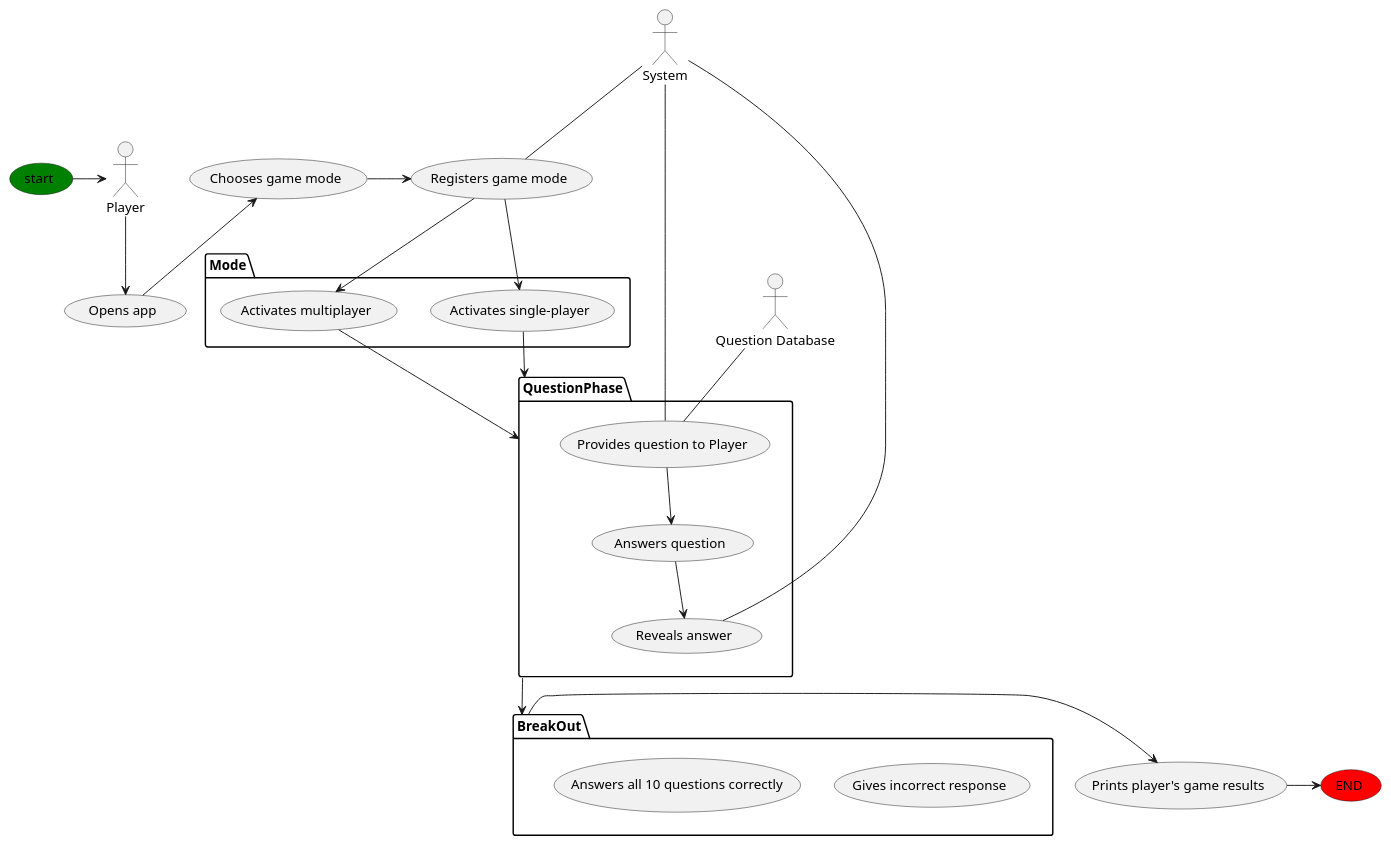
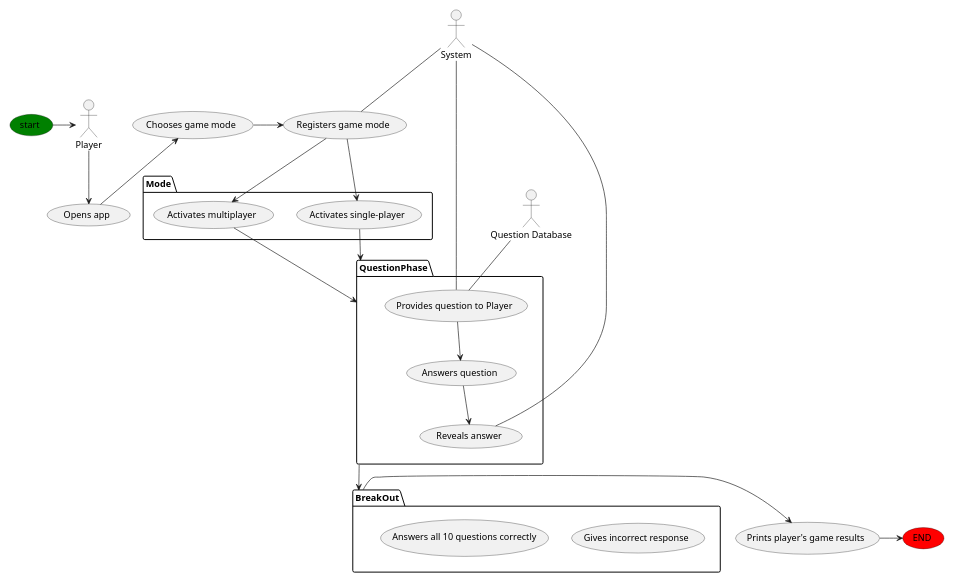
One commit to aczar09/Trivia-Game-Android changed the diagram in doc/use-case-diagram.puml. Above: the diagram before and after it, drawn with PlantUML. The commit also changed 4 other files, not shown here.

Commit message:
Updated existing inception artificacts and added PlantUML activity diagrams for use cases

```diff
--- a/doc/use-case-diagram.puml
+++ b/doc/use-case-diagram.puml
@@ -1,43 +1,44 @@
 @startuml
+scale max 600 height
 (start) #green
 :System:
 :Player:
 (start) -> Player
 Player --> (Opens app)
 (Chooses game mode) <-- (Opens app)
 package Mode {
     usecase "Activates single-player" as SPM
     usecase "Activates multiplayer" as MPM
     }
 usecase "Registers game mode" as reg
 System -- reg
 (Chooses game mode) -> reg
 reg --> SPM
 reg --> MPM
 package QuestionPhase{
 usecase "Provides question to Player" as PQ
 usecase "Answers question" as AQ
 PQ --> AQ
 
 usecase "Reveals answer" as RRC
 AQ --> RRC
 System -- RRC
 }
 
 :Question Database: as QD
 SPM --> QuestionPhase
 MPM --> QuestionPhase
 System -- PQ
 QD -- PQ
 
 
 package BreakOut {
 usecase "Gives incorrect response" as IR
 usecase "Answers all 10 questions correctly" as AR
 }
 QuestionPhase ----> BreakOut
 usecase "Prints player's game results" as PGR
 usecase "END" #red
 BreakOut -> PGR
 PGR -> END
 @enduml
```
